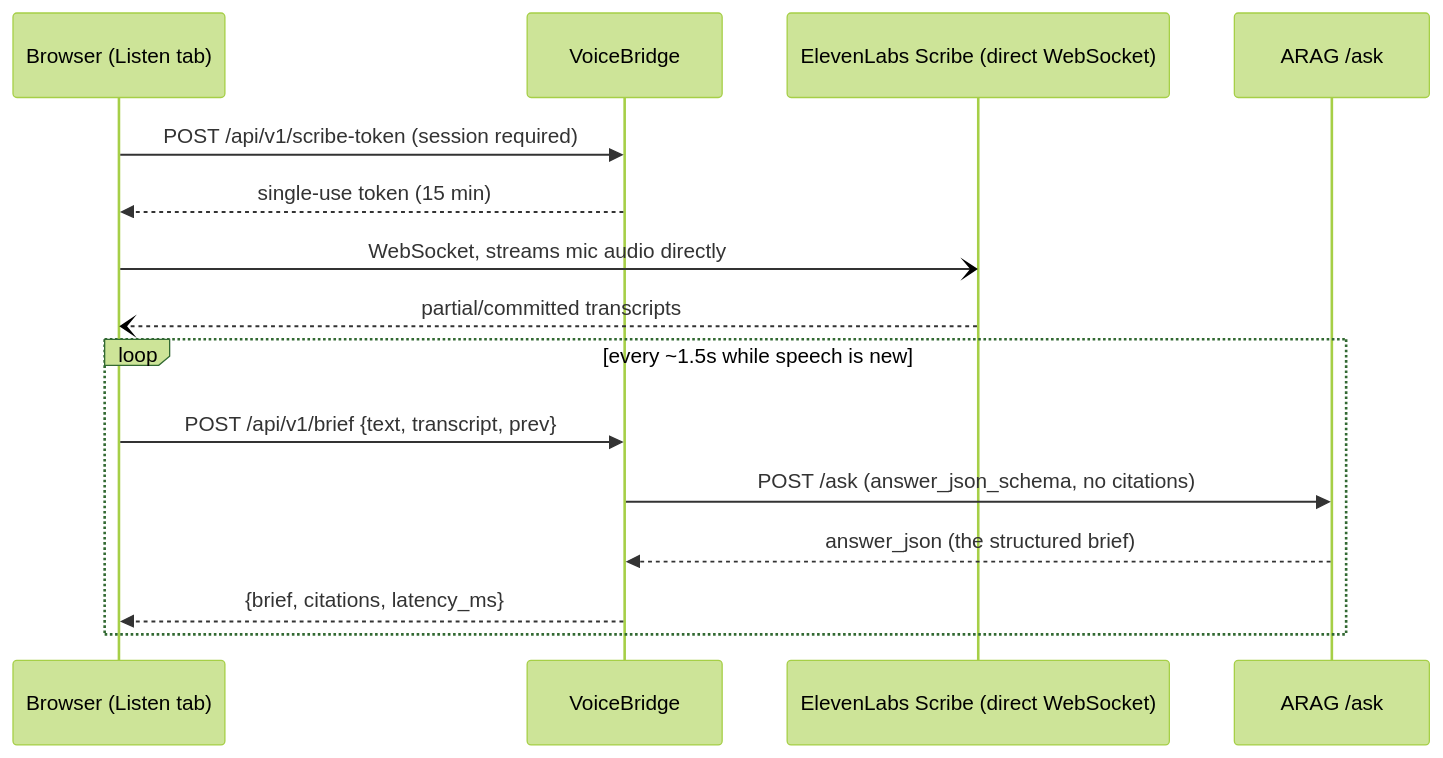
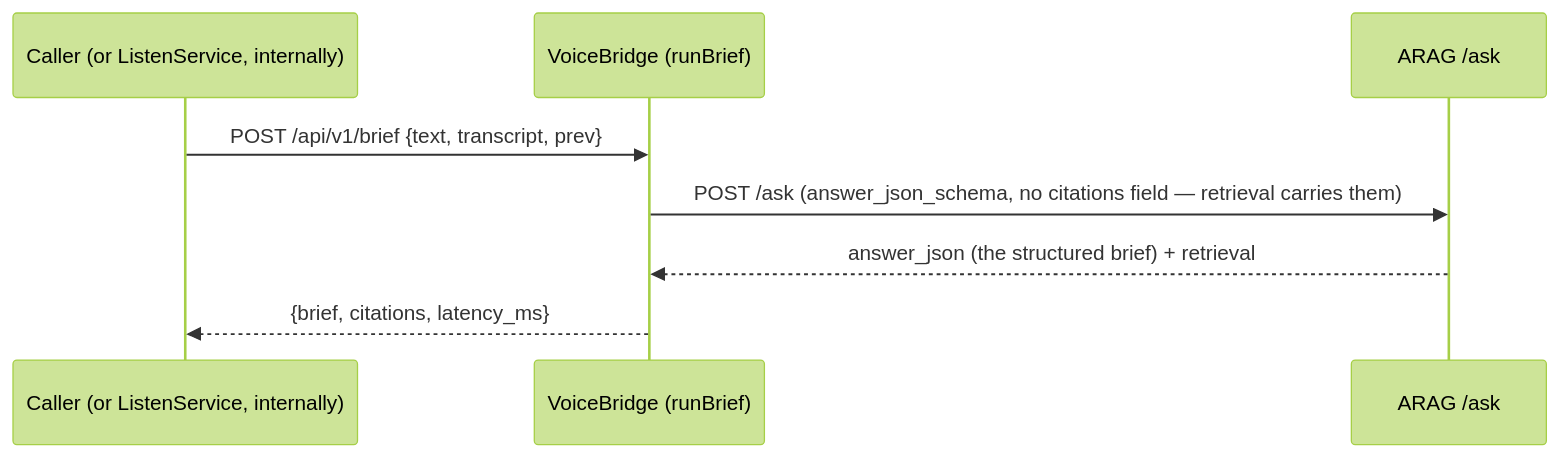
The third of 4 diagrams in docs/architecture/data-flow.md (jaysanderson/arag-voicebridge), drawn with Mermaid (forest theme) before and after one commit. The commit also changed other lines of this file and 62 other files, not shown here.

````diff
--- a/docs/architecture/data-flow.md
+++ b/docs/architecture/data-flow.md
@@ -55,18 +138,11 @@
 ```mermaid
 sequenceDiagram
-    participant B as Browser (Listen tab)
-    participant VB as VoiceBridge
-    participant EL as ElevenLabs Scribe (direct WebSocket)
+    participant C as Caller (or ListenService, internally)
+    participant VB as VoiceBridge (runBrief)
     participant AR as ARAG /ask
 
-    B->>VB: POST /api/v1/scribe-token (session required)
-    VB-->>B: single-use token (15 min)
-    B-)EL: WebSocket, streams mic audio directly
-    EL--)B: partial/committed transcripts
-    loop every ~1.5s while speech is new
-        B->>VB: POST /api/v1/brief {text, transcript, prev}
-        VB->>AR: POST /ask (answer_json_schema, no citations)
-        AR-->>VB: answer_json (the structured brief)
-        VB-->>B: {brief, citations, latency_ms}
-    end
+    C->>VB: POST /api/v1/brief {text, transcript, prev}
+    VB->>AR: POST /ask (answer_json_schema, no citations field — retrieval carries them)
+    AR-->>VB: answer_json (the structured brief) + retrieval
+    VB-->>C: {brief, citations, latency_ms}
 ```
````
